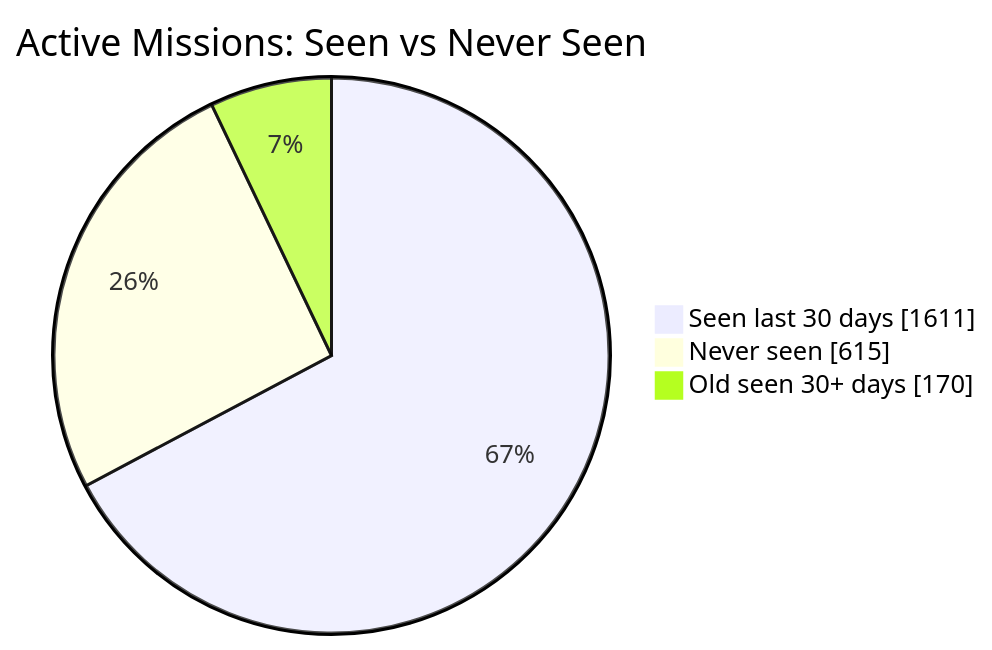
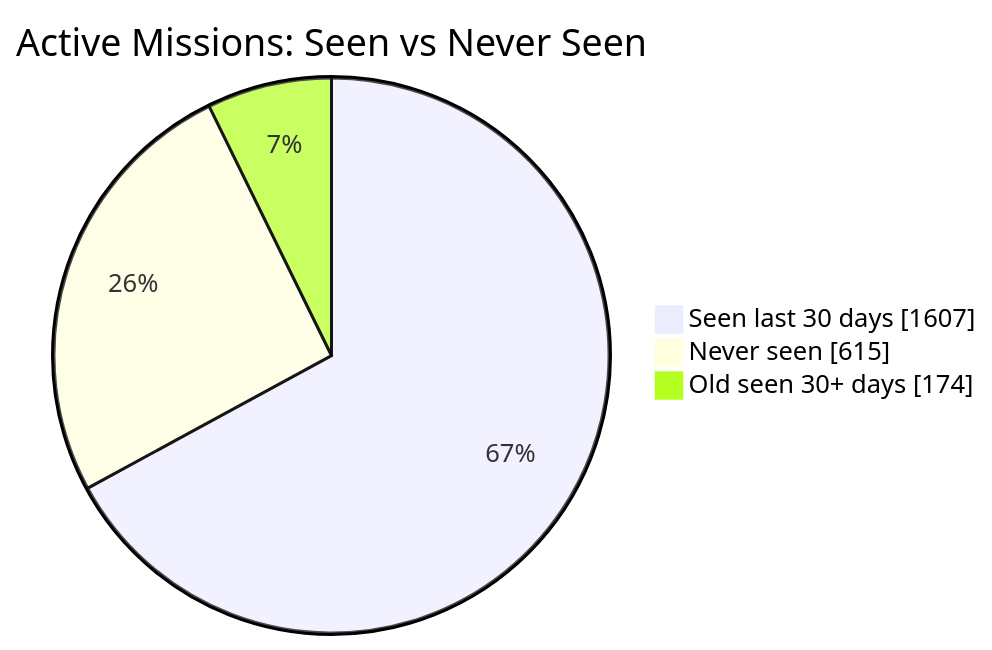
One commit to MeldkamerspelGameTeam/active-missions changed the first of 2 diagrams in README.md. Above: the diagram before and after it, drawn with Mermaid. The commit also changed other lines of this file and 3 other files, not shown here.

````diff
--- a/README.md
+++ b/README.md
@@ -34,7 +34,7 @@
 ```mermaid
 pie showData
     title Active Missions: Seen vs Never Seen
-    "Seen last 30 days" : 1611
+    "Seen last 30 days" : 1607
     "Never seen" : 615
-    "Old seen 30+ days" : 170
+    "Old seen 30+ days" : 174
 ```
````
